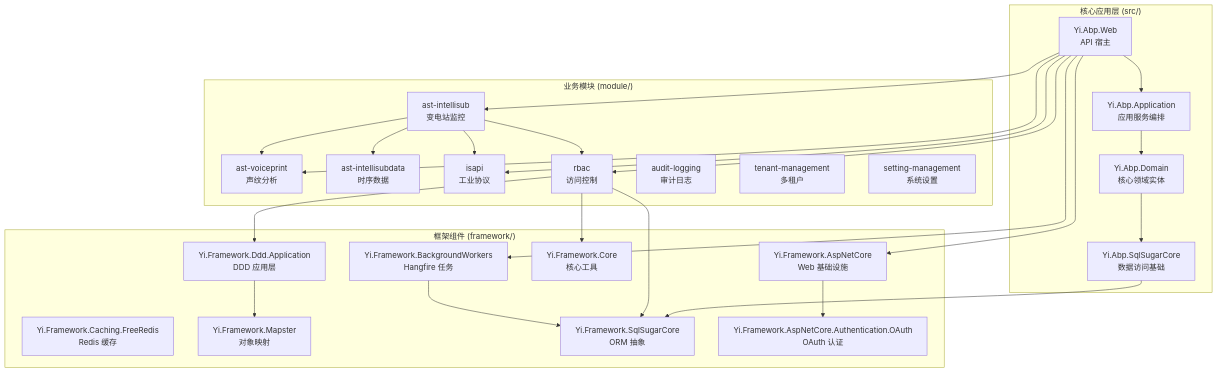
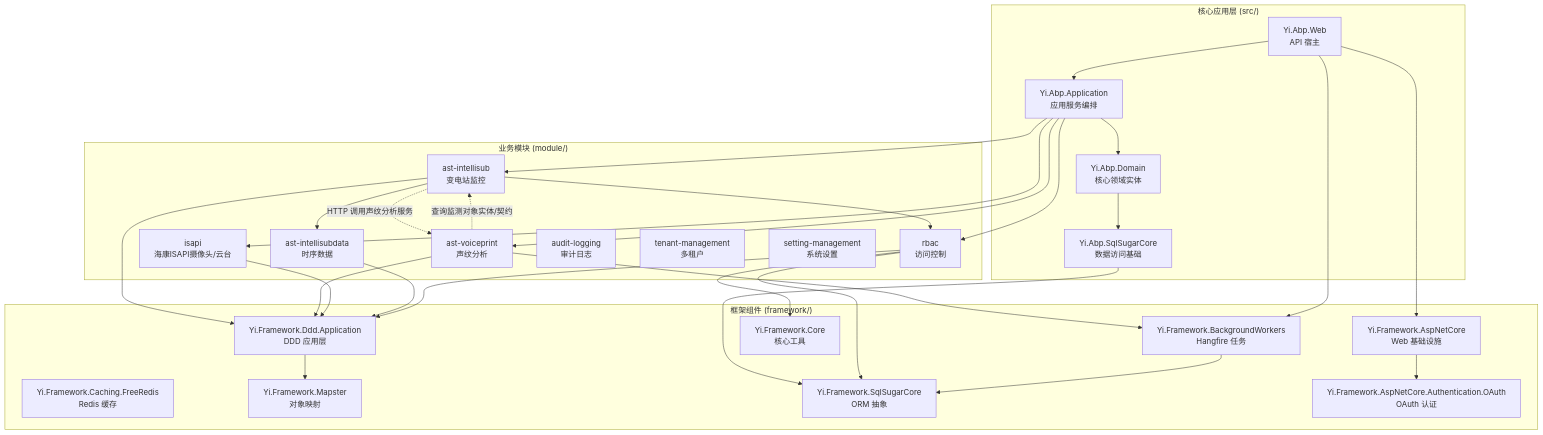
One commit to Zhoutenong/Obsidian_Voiceprint changed the diagram in voiceprint_backend_docs/Architecture/整体架构设计.md. Above: the diagram before and after it, drawn with Mermaid. The commit also changed other lines of this file and 2 other files, not shown here.

````diff
--- a/voiceprint_backend_docs/Architecture/整体架构设计.md
+++ b/voiceprint_backend_docs/Architecture/整体架构设计.md
@@ -34,56 +34,63 @@
 ```mermaid
 graph TB
     subgraph "核心应用层 (src/)"
         Web[Yi.Abp.Web<br/>API 宿主]
         App[Yi.Abp.Application<br/>应用服务编排]
         Domain[Yi.Abp.Domain<br/>核心领域实体]
         SqlSugarCore[Yi.Abp.SqlSugarCore<br/>数据访问基础]
     end
 
     subgraph "业务模块 (module/)"
         IntelliSub[ast-intellisub<br/>变电站监控]
         Voiceprint[ast-voiceprint<br/>声纹分析]
         IntelliSubData[ast-intellisubdata<br/>时序数据]
-        ISAPI[isapi<br/>工业协议]
+        ISAPI[isapi<br/>海康ISAPI摄像头/云台]
         RBAC[rbac<br/>访问控制]
         Audit[audit-logging<br/>审计日志]
         Tenant[tenant-management<br/>多租户]
         Settings[setting-management<br/>系统设置]
     end
 
     subgraph "框架组件 (framework/)"
         AspNetCore[Yi.Framework.AspNetCore<br/>Web 基础设施]
         BackgroundWorkers[Yi.Framework.BackgroundWorkers<br/>Hangfire 任务]
         Caching[Yi.Framework.Caching.FreeRedis<br/>Redis 缓存]
         Mapster[Yi.Framework.Mapster<br/>对象映射]
         SqlSugarFramework[Yi.Framework.SqlSugarCore<br/>ORM 抽象]
         Core[Yi.Framework.Core<br/>核心工具]
         DddApp[Yi.Framework.Ddd.Application<br/>DDD 应用层]
         OAuth[Yi.Framework.AspNetCore.Authentication.OAuth<br/>OAuth 认证]
     end
 
     Web --> App
     App --> Domain
     Domain --> SqlSugarCore
     SqlSugarCore --> SqlSugarFramework
 
-    Web --> IntelliSub
-    Web --> Voiceprint
-    Web --> ISAPI
-    Web --> RBAC
+    App --> IntelliSub
+    App --> Voiceprint
+    App --> ISAPI
+    App --> RBAC
 
     IntelliSub --> IntelliSubData
-    IntelliSub --> Voiceprint
-    IntelliSub --> ISAPI
     IntelliSub --> RBAC
+    IntelliSub --> DddApp
+    IntelliSub -. HTTP 调用声纹分析服务 .-> Voiceprint
+
+    Voiceprint --> DddApp
+    Voiceprint --> BackgroundWorkers
+    Voiceprint -. 查询监测对象实体/契约 .-> IntelliSub
+
+    ISAPI --> DddApp
+    IntelliSubData --> DddApp
 
     RBAC --> Core
     RBAC --> DddApp
     RBAC --> SqlSugarFramework
 
     Web --> AspNetCore
     Web --> BackgroundWorkers
     AspNetCore --> OAuth
     BackgroundWorkers --> SqlSugarFramework
     DddApp --> Mapster
 ```
````
